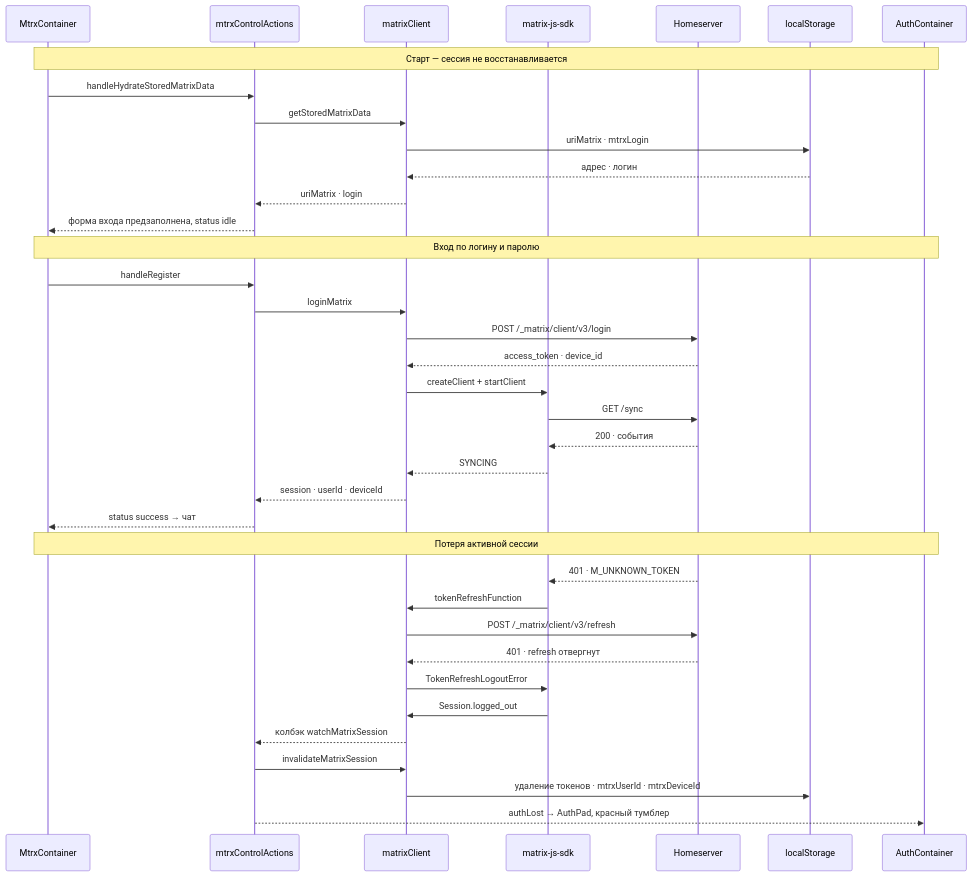
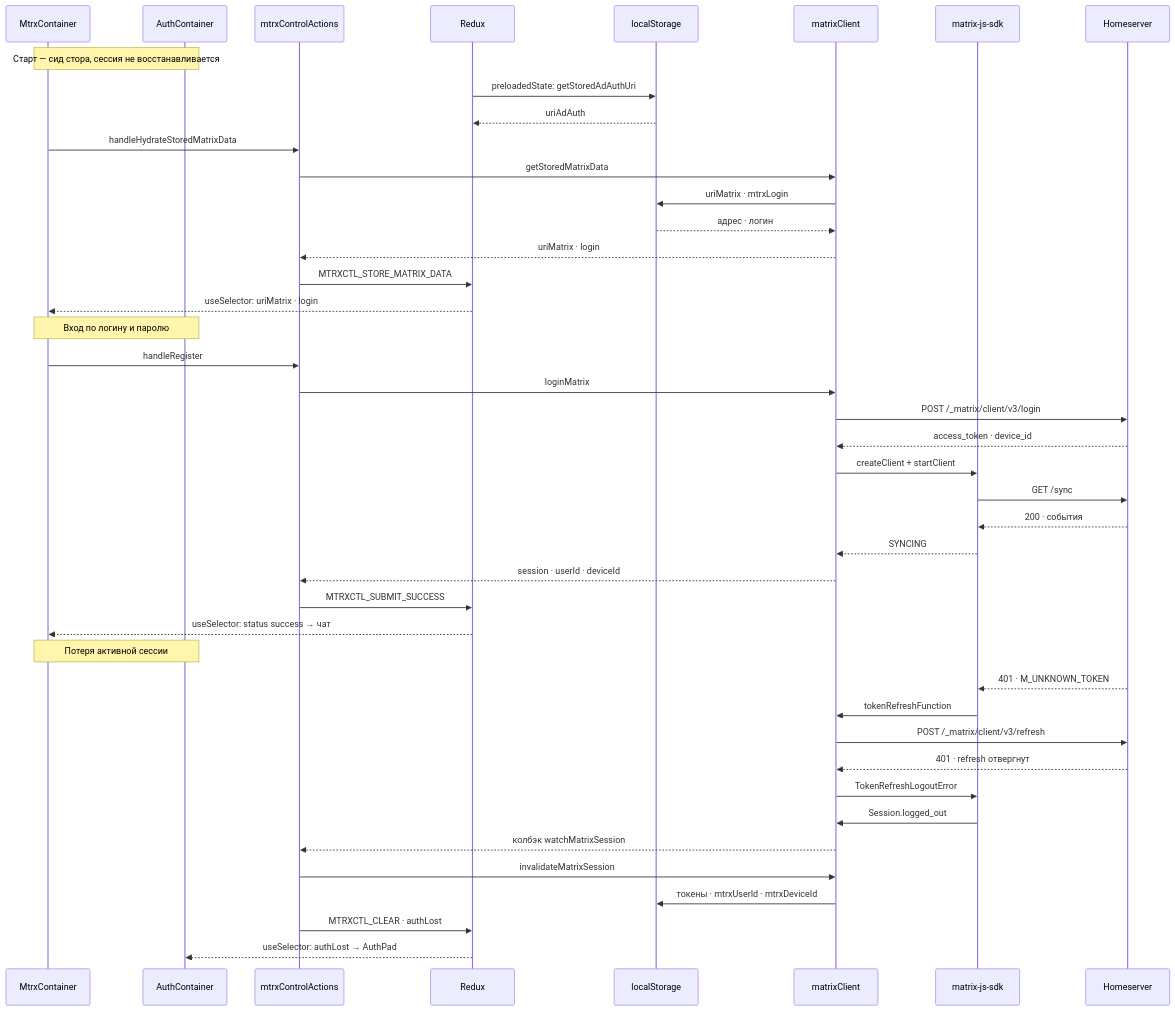
One commit to ars-anosov/matrix-react changed the second of 5 diagrams in docs/STATE.md. Above: the diagram before and after it, drawn with Mermaid. The commit also changed other lines of this file and 13 other files, not shown here.

````diff
--- a/docs/STATE.md
+++ b/docs/STATE.md
@@ -77,39 +77,45 @@
 ```mermaid
 sequenceDiagram
   participant UI as MtrxContainer
+  participant Auth as AuthContainer
   participant Act as mtrxControlActions
+  participant RX as Redux
+  participant LS as localStorage
   participant Cl as matrixClient
   participant SDK as matrix-js-sdk
   participant HS as Homeserver
-  participant LS as localStorage
-  participant Auth as AuthContainer
-  Note over UI,Auth: Старт — сессия не восстанавливается
+  Note over UI,Auth: Старт — сид стора, сессия не восстанавливается
+  RX->>LS: preloadedState: getStoredAdAuthUri
+  LS-->>RX: uriAdAuth
   UI->>Act: handleHydrateStoredMatrixData
   Act->>Cl: getStoredMatrixData
   Cl->>LS: uriMatrix · mtrxLogin
   LS-->>Cl: адрес · логин
   Cl-->>Act: uriMatrix · login
-  Act-->>UI: форма входа предзаполнена, status idle
+  Act->>RX: MTRXCTL_STORE_MATRIX_DATA
+  RX-->>UI: useSelector: uriMatrix · login
   Note over UI,Auth: Вход по логину и паролю
   UI->>Act: handleRegister
   Act->>Cl: loginMatrix
   Cl->>HS: POST /_matrix/client/v3/login
   HS-->>Cl: access_token · device_id
   Cl->>SDK: createClient + startClient
   SDK->>HS: GET /sync
   HS-->>SDK: 200 · события
   SDK-->>Cl: SYNCING
   Cl-->>Act: session · userId · deviceId
-  Act-->>UI: status success → чат
+  Act->>RX: MTRXCTL_SUBMIT_SUCCESS
+  RX-->>UI: useSelector: status success → чат
   Note over UI,Auth: Потеря активной сессии
   HS-->>SDK: 401 · M_UNKNOWN_TOKEN
   SDK->>Cl: tokenRefreshFunction
   Cl->>HS: POST /_matrix/client/v3/refresh
   HS-->>Cl: 401 · refresh отвергнут
   Cl->>SDK: TokenRefreshLogoutError
   SDK->>Cl: Session.logged_out
   Cl-->>Act: колбэк watchMatrixSession
   Act->>Cl: invalidateMatrixSession
-  Cl->>LS: удаление токенов · mtrxUserId · mtrxDeviceId
-  Act-->>Auth: authLost → AuthPad, красный тумблер
+  Cl->>LS: токены · mtrxUserId · mtrxDeviceId
+  Act->>RX: MTRXCTL_CLEAR · authLost
+  RX-->>Auth: useSelector: authLost → AuthPad
 ```
````
